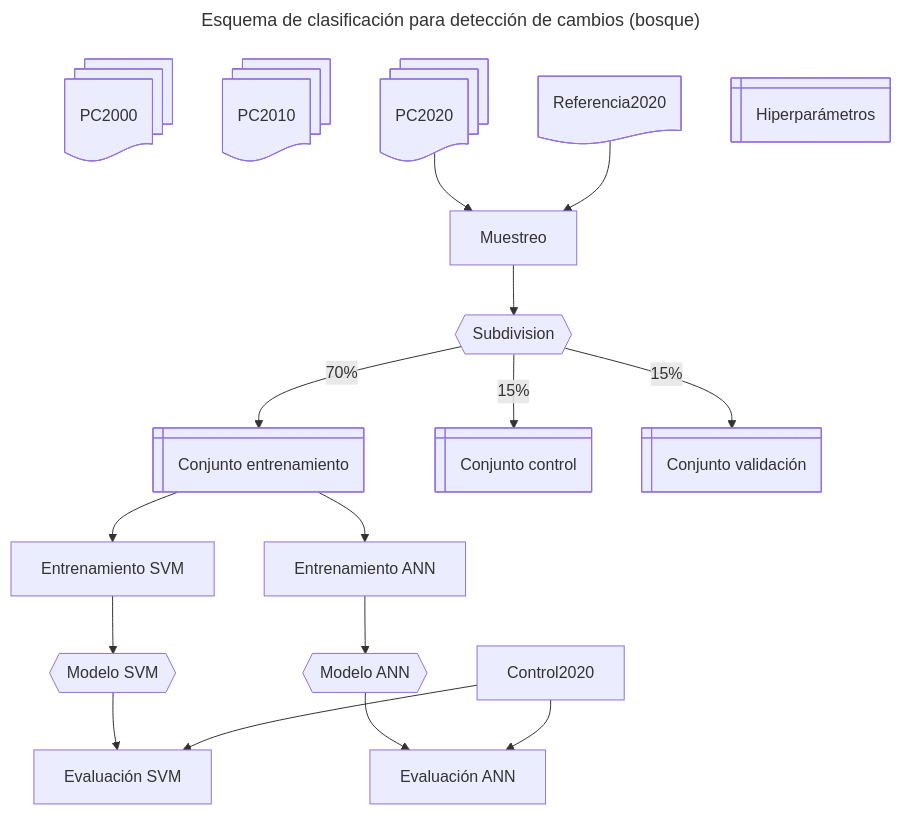
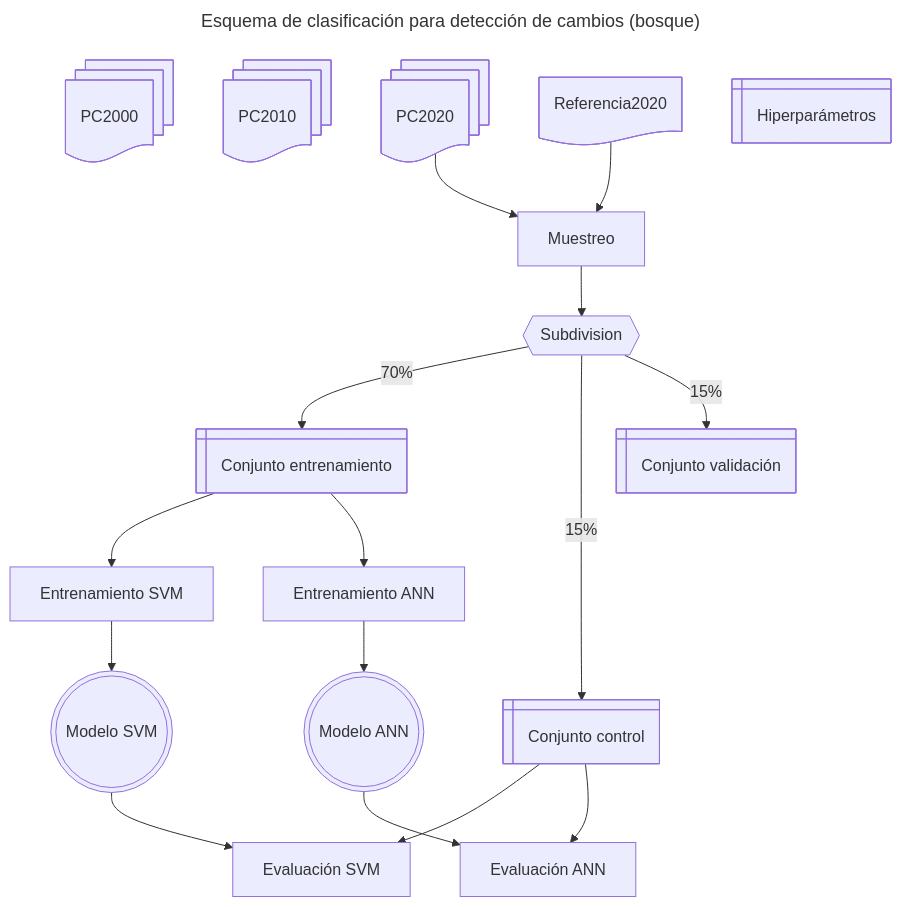
One commit to vshalisko/GEE changed the diagram in ANPs/Esquema_clasificacion.mermaid. Above: the diagram before and after it, drawn with Mermaid.

```diff
--- a/ANPs/Esquema_clasificacion.mermaid
+++ b/ANPs/Esquema_clasificacion.mermaid
@@ -1,38 +1,38 @@
 ---
 title: Esquema de clasificación para detección de cambios (bosque)
 ---
 flowchart TD
     PC2000@{ shape: docs, label: PC2000}
     PC2010@{ shape: docs, label: PC2010}
     PC2020@{ shape: docs, label: PC2020}
     Ref2020@{ shape: doc, label: Referencia2020}
     Muestreo@{ shape: proc, label: Muestreo}
     Subset@{ shape: hex, label: Subdivision}
     Train2020@{ shape: win-pane, label: Conjunto entrenamiento}
     Test2020@{ shape: win-pane, label: Conjunto control}
     Valid2020@{ shape: win-pane, label: Conjunto validación}
 
     Hiperparam@{ shape: win-pane, label: Hiperparámetros}
     TrainSVM@{ shape: proc, label: Entrenamiento SVM}
     TrainANN@{ shape: proc, label: Entrenamiento ANN}
-    ModeloSVM@{ shape: hex, label: Modelo SVM}
-    ModeloANN@{ shape: hex, label: Modelo ANN}
+    ModeloSVM@{ shape: double-circle, label: Modelo SVM}
+    ModeloANN@{ shape: double-circle, label: Modelo ANN}
     ControlSVM@{ shape: proc, label: Evaluación SVM}
     ControlANN@{ shape: proc, label: Evaluación ANN}
 
 
     PC2020 --> Muestreo
     Ref2020 --> Muestreo
     Muestreo --> Subset
     Subset --70%--> Train2020
     Subset --15%--> Test2020
     Subset --15%--> Valid2020
 
     Train2020 --> TrainSVM
     Train2020 --> TrainANN
     TrainSVM --> ModeloSVM
     TrainANN --> ModeloANN
     ModeloSVM --> ControlSVM
     ModeloANN --> ControlANN
-    Control2020 --> ControlSVM
-    Control2020 --> ControlANN
+    Test2020 --> ControlSVM
+    Test2020 --> ControlANN
```
